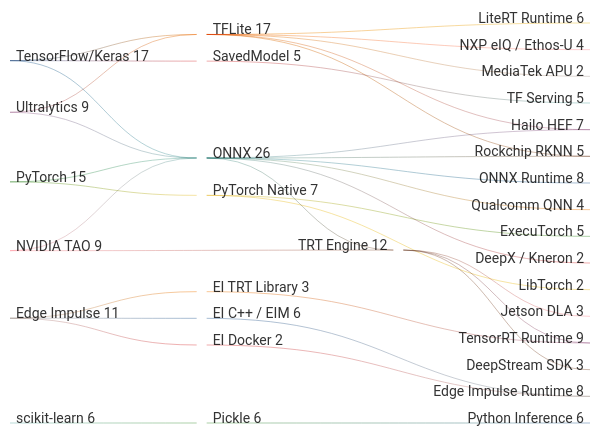
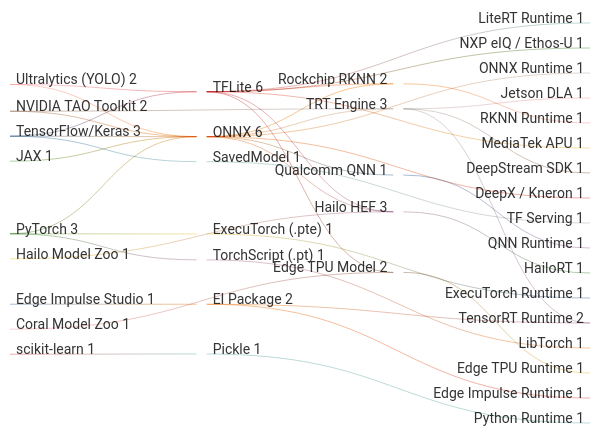
Before and after one commit to inxware/ert-components: the diagram in docs/inxware-edge-ml.md, drawn with Mermaid. The commit also changed other lines of this file and 36 other files, not shown here.

````diff
--- a/docs/inxware-edge-ml.md
+++ b/docs/inxware-edge-ml.md
@@ -104,38 +108,44 @@
 ```mermaid
 sankey-beta
 
-TensorFlow/Keras,TFLite,8
-TensorFlow/Keras,SavedModel,5
-TensorFlow/Keras,ONNX,4
-PyTorch,ONNX,8
-PyTorch,PyTorch Native,7
-Ultralytics,ONNX,6
-Ultralytics,TFLite,3
-NVIDIA TAO,ONNX,5
-NVIDIA TAO,TRT Engine,4
-Edge Impulse,EI C++ / EIM,6
-Edge Impulse,EI TRT Library,3
-Edge Impulse,EI Docker,2
-scikit-learn,Pickle,6
-TFLite,LiteRT Runtime,6
-TFLite,Hailo HEF,3
-TFLite,NXP eIQ / Ethos-U,4
-TFLite,Rockchip RKNN,2
-TFLite,MediaTek APU,2
-ONNX,ONNX Runtime,8
-ONNX,TRT Engine,5
-ONNX,Hailo HEF,4
-ONNX,Qualcomm QNN,4
-ONNX,Rockchip RKNN,3
-ONNX,DeepX / Kneron,2
-SavedModel,TF Serving,5
-PyTorch Native,ExecuTorch,5
-PyTorch Native,LibTorch,2
-TRT Engine,TensorRT Runtime,6
-TRT Engine,Jetson DLA,3
-TRT Engine,DeepStream SDK,3
-EI C++ / EIM,Edge Impulse Runtime,6
-EI TRT Library,TensorRT Runtime,3
-EI Docker,Edge Impulse Runtime,2
-Pickle,Python Inference,6
+TensorFlow/Keras,ONNX,1
+TensorFlow/Keras,TFLite,1
+TensorFlow/Keras,SavedModel,1
+PyTorch,ONNX,1
+PyTorch,ExecuTorch (.pte),1
+PyTorch,TorchScript (.pt),1
+Ultralytics (YOLO),ONNX,1
+Ultralytics (YOLO),TFLite,1
+NVIDIA TAO Toolkit,ONNX,1
+NVIDIA TAO Toolkit,TRT Engine,1
+Edge Impulse Studio,EI Package,1
+scikit-learn,Pickle,1
+JAX,ONNX,1
+Hailo Model Zoo,Hailo HEF,1
+Coral Model Zoo,Edge TPU Model,1
+ONNX,ONNX Runtime,1
+ONNX,TRT Engine,1
+ONNX,Hailo HEF,1
+ONNX,Qualcomm QNN,1
+ONNX,Rockchip RKNN,1
+ONNX,DeepX / Kneron,1
+TFLite,LiteRT Runtime,1
+TFLite,Hailo HEF,1
+TFLite,Edge TPU Model,1
+TFLite,NXP eIQ / Ethos-U,1
+TFLite,Rockchip RKNN,1
+TFLite,MediaTek APU,1
+TRT Engine,TensorRT Runtime,1
+TRT Engine,Jetson DLA,1
+TRT Engine,DeepStream SDK,1
+SavedModel,TF Serving,1
+ExecuTorch (.pte),ExecuTorch Runtime,1
+TorchScript (.pt),LibTorch,1
+EI Package,Edge Impulse Runtime,1
+EI Package,TensorRT Runtime,1
+Pickle,Python Runtime,1
+Hailo HEF,HailoRT,1
+Edge TPU Model,Edge TPU Runtime,1
+Qualcomm QNN,QNN Runtime,1
+Rockchip RKNN,RKNN Runtime,1
 ```
````
